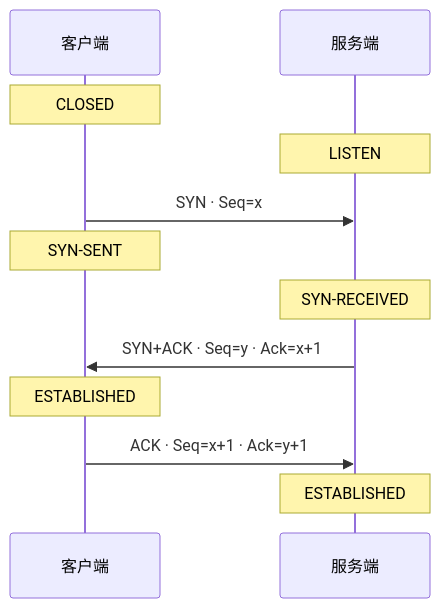
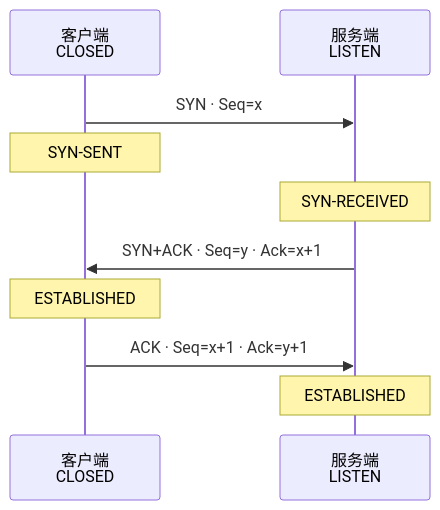
Before and after one commit to fordelkon/delkon.us.kg: the first of 5 diagrams in content/posts/networking/transport-tcp-udp-socket-quic.md, drawn with Mermaid. The commit also changed other lines of this file and 8 other files, not shown here.

First line of the commit message:
docs: audit networking series with C17 examples and diagram fixes

````diff
--- a/content/posts/networking/transport-tcp-udp-socket-quic.md
+++ b/content/posts/networking/transport-tcp-udp-socket-quic.md
@@ -40,14 +40,12 @@
-```mermaid title="TCP 三次握手：报文方向与两端状态" description="客户端主动打开，服务端被动打开。自上而下读三段报文，注记标记各端在相关发送或接收后进入的状态。本例三段的 TCP 载荷均为空，省略同时打开、重传与超时。"
+```mermaid title="TCP 三次握手：报文方向与两端状态" description="客户端主动打开，服务端被动打开。初始状态标在参与者名下，自上而下读三段报文，注记标记各端在相关发送或接收后进入的状态。本例三段的 TCP 载荷均为空，省略同时打开、重传与超时。"
 sequenceDiagram
- participant C as 客户端
- participant S as 服务端
- Note over C: CLOSED
- Note over S: LISTEN
+ participant C as 客户端<br/>CLOSED
+ participant S as 服务端<br/>LISTEN
  C->>S: SYN · Seq=x
  Note over C: SYN-SENT
  Note over S: SYN-RECEIVED
  S->>C: SYN+ACK · Seq=y · Ack=x+1
  Note over C: ESTABLISHED
  C->>S: ACK · Seq=x+1 · Ack=y+1
  Note over S: ESTABLISHED
 ```
````
